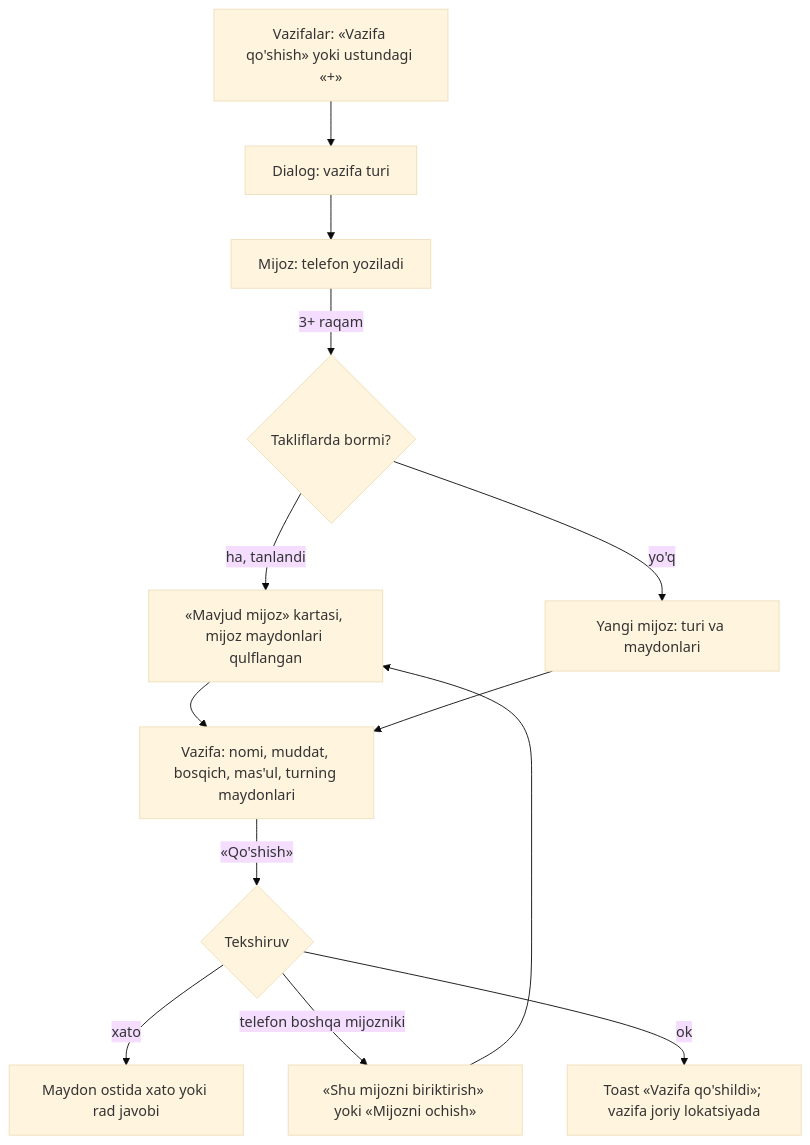
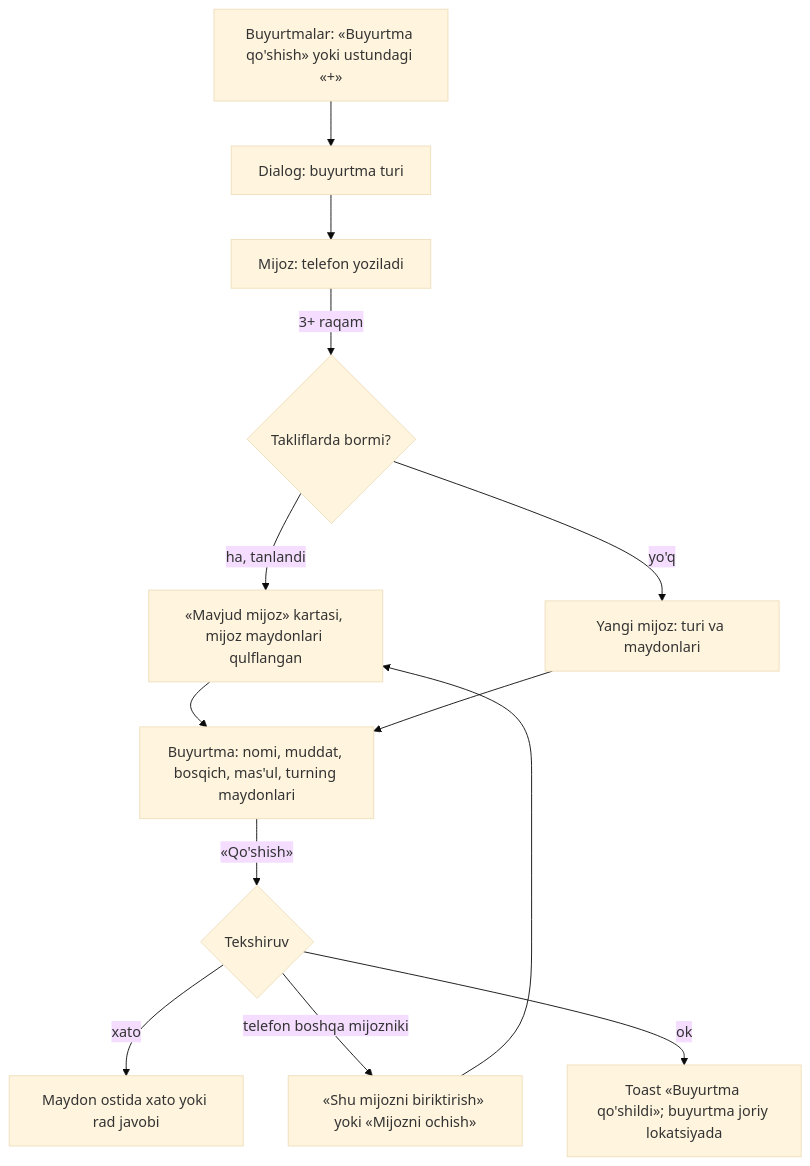
The fourth of 5 diagrams in docs/design/README.md (SalikhovID/hisob24), drawn with Mermaid (base theme) before and after one commit. The commit also changed other lines of this file and 21 other files, not shown here.

````diff
--- a/docs/design/README.md
+++ b/docs/design/README.md
@@ -417,15 +417,15 @@
 ```mermaid
 flowchart TD
-  A["Vazifalar: «Vazifa qo'shish» yoki ustundagi «+»"] --> B["Dialog: vazifa turi"]
+  A["Buyurtmalar: «Buyurtma qo'shish» yoki ustundagi «+»"] --> B["Dialog: buyurtma turi"]
   B --> C["Mijoz: telefon yoziladi"]
   C -->|"3+ raqam"| D{"Takliflarda bormi?"}
   D -->|"ha, tanlandi"| E["«Mavjud mijoz» kartasi, mijoz maydonlari qulflangan"]
   D -->|yo'q| F["Yangi mijoz: turi va maydonlari"]
-  E --> G["Vazifa: nomi, muddat, bosqich, mas'ul, turning maydonlari"]
+  E --> G["Buyurtma: nomi, muddat, bosqich, mas'ul, turning maydonlari"]
   F --> G
   G -->|"«Qo'shish»"| H{"Tekshiruv"}
   H -->|xato| I["Maydon ostida xato yoki rad javobi"]
   H -->|"telefon boshqa mijozniki"| J["«Shu mijozni biriktirish» yoki «Mijozni ochish»"]
   J --> E
-  H -->|ok| K["Toast «Vazifa qo'shildi»; vazifa joriy lokatsiyada"]
+  H -->|ok| K["Toast «Buyurtma qo'shildi»; buyurtma joriy lokatsiyada"]
 ```
````
